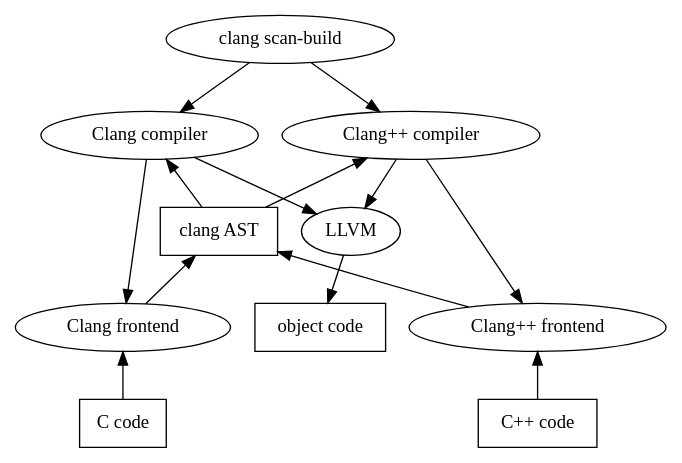
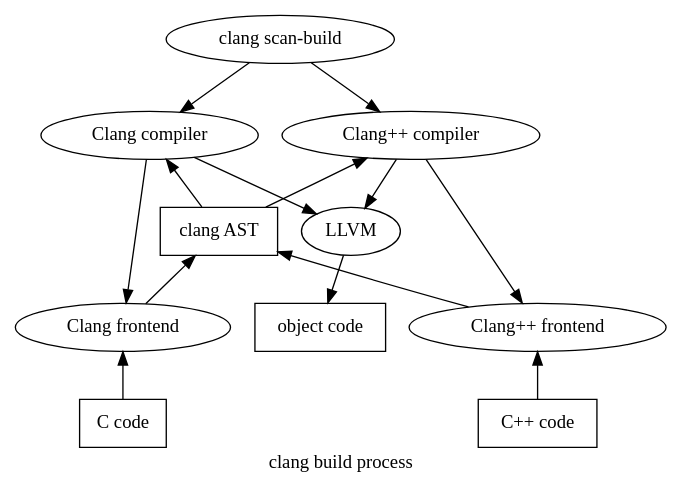
Before and after one commit to hbalp/callers: the sixth of 8 diagrams in doc/callers.org, drawn with Graphviz. The commit also changed other lines of this file, not shown here.

Commit message:
1) Added clang & frama-C VA analysis processes. 2) Added scripts dot2png.gen.sh and a clean.gen.sh

```diff
--- a/doc/callers.org
+++ b/doc/callers.org
@@ -473,42 +508,46 @@
     #+BEGIN_SRC dot :tangle build.clang.gen.dot
 digraph "clang build" 
 {
+// title
+labelloc="b"
+label="clang build process"
+
 "scan-build" [ label="clang scan-build" ]
 
 "c code" [ label="C code", shape="box" ]
 "cpp code" [ label="C++ code", shape="box" ]
 
 // clang compilation
 "clang object code" [ label="object code", shape="box" ]
 "llvm" [ label="LLVM" ]
 //"llvm" [ label="LLVM Optimizer\n& Code Generator" ]
 "llvm" -> "clang object code"
 
 // clang compilation of C code
 "clang compiler" [ label="Clang compiler" ]
 "clang AST" [ shape=box ]
 "scan-build" -> "clang compiler"
 "clang frontend" [ label="Clang frontend" ]
 "clang frontend" -> "c code" [ dir=back ]
 //"clang frontend" -> "clang AST"
 "clang AST" -> "clang frontend" [ dir=back ]
 "clang compiler" -> "clang frontend"
 "clang compiler" -> "clang AST"  [ dir=back ]
 "clang compiler" -> "llvm"
 
 // clang++ compilation of C++ code
 "clang++ compiler" [ label="Clang++ compiler" ]
 "scan-build" -> "clang++ compiler"
 "clang++ frontend" [ label="Clang++ frontend" ]
 "clang++ frontend" -> "cpp code" [ dir=back ]
 "clang AST" -> "clang++ frontend" [ dir=back ]
 "clang++ compiler" -> "clang++ frontend"
 "clang++ compiler" -> "clang AST"  [ dir=back ]
 "clang++ compiler" -> "llvm"
 }
 
 // Local Variables:
 // compile-command: "dot -Tpng build.clang.gen.dot > build.clang.gen.png"
 // End:
  
    #+END_SRC
```
